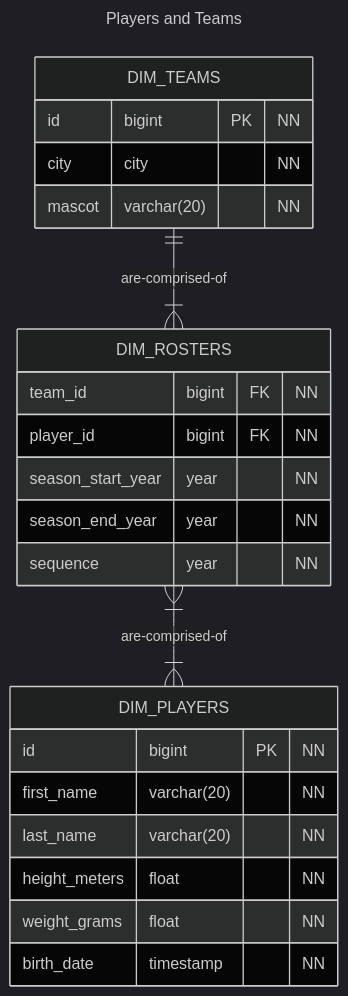
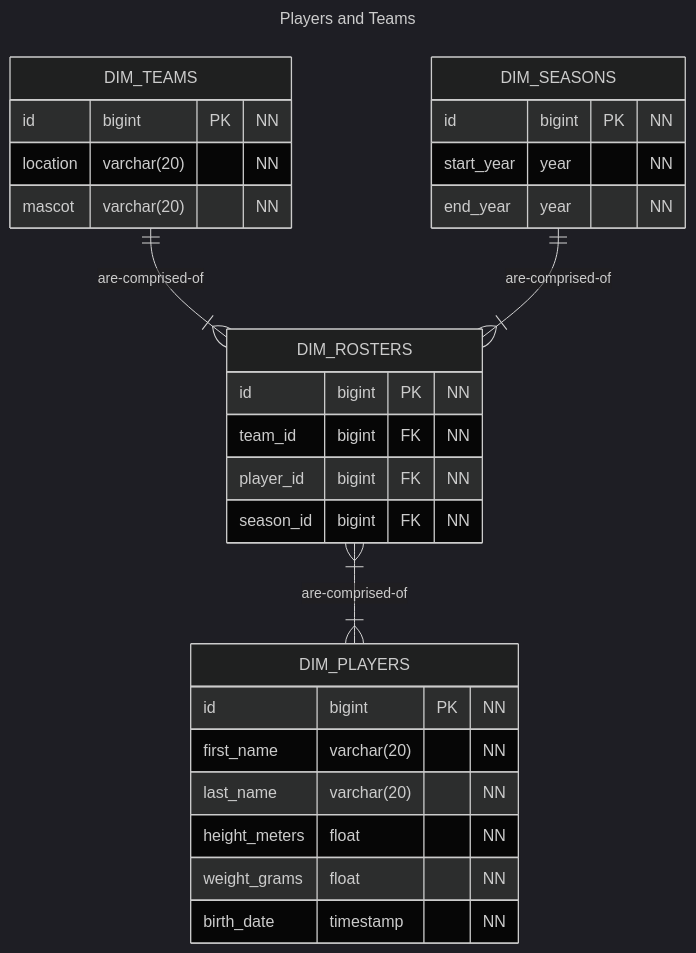
Before and after one commit to SwolenOstrich430/basketball-stats: the diagram in docs/database/erd/teams/teams-players.mmd, drawn with Mermaid (dark theme). The commit also changed 15 other files, not shown here.

Commit message:
adding class diagrams for players, stats, and teams

```diff
--- a/docs/database/erd/teams/teams-players.mmd
+++ b/docs/database/erd/teams/teams-players.mmd
@@ -1,30 +1,36 @@
 ---
 title: Players and Teams 
 ---
 
 erDiagram
     DIM_TEAMS ||--|{ DIM_ROSTERS : are-comprised-of
+    DIM_SEASONS ||--|{ DIM_ROSTERS : are-comprised-of
     DIM_ROSTERS }|--|{ DIM_PLAYERS : are-comprised-of
 
     DIM_TEAMS {
         id bigint PK "NN"
-        city city "NN"
+        location varchar(20) "NN"
         mascot varchar(20) "NN" 
     }
 
+    DIM_SEASONS {
+        id bigint PK "NN" 
+        start_year year "NN" 
+        end_year year "NN"
+    }
+
     DIM_ROSTERS {
+        id bigint PK "NN"
         team_id bigint FK "NN" 
         player_id bigint FK "NN"
-        season_start_year year "NN" 
-        season_end_year year "NN"
-        sequence year "NN"
+        season_id bigint FK "NN"
     }
 
     DIM_PLAYERS {
         id bigint PK "NN"
         first_name varchar(20) "NN"
         last_name varchar(20) "NN" 
         height_meters float "NN" 
         weight_grams float "NN"
         birth_date timestamp "NN"
     }
```
